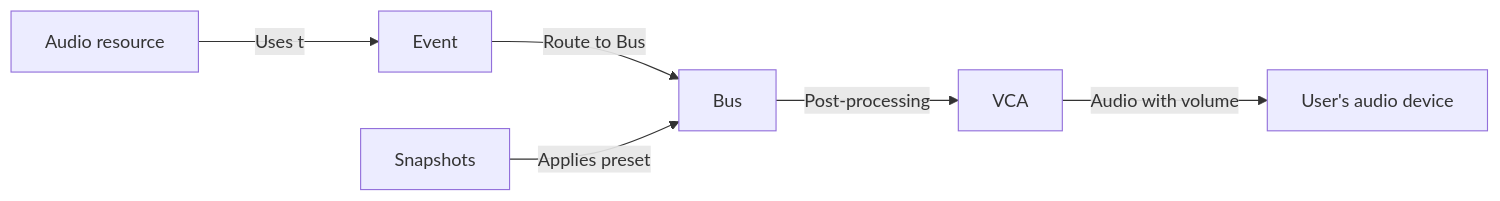
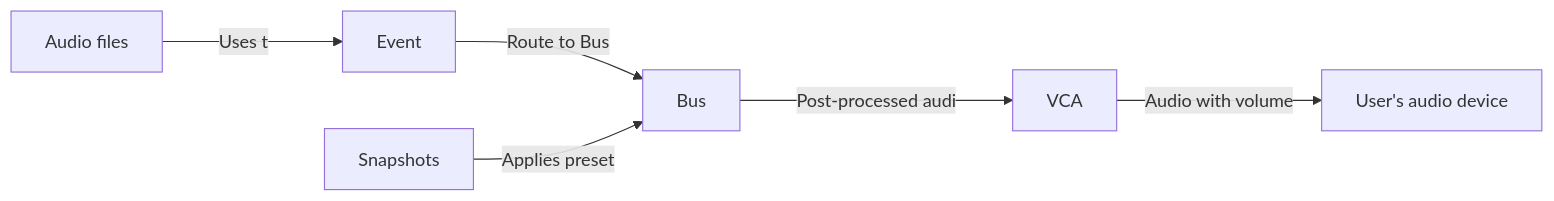
One commit to Creta5164/fmod-rmmv changed the diagram in README.md. Above: the diagram before and after it, drawn with Mermaid. The commit also changed other lines of this file and 4 other files, not shown here.

````diff
--- a/README.md
+++ b/README.md
@@ -1086,8 +1094,8 @@
 ```mermaid
 graph LR;
-  audio[Audio resource]--Uses to-->event[Event];
+  audio[Audio files]--Uses to-->event[Event];
   event--Route to Bus-->bus[Bus];
-  bus--Post-processing-->vca[VCA];
+  bus--Post-processed audio-->vca[VCA];
   vca--Audio with volume-->device[User's audio device];
   snap[Snapshots]--Applies preset-->bus;
 ```
````
